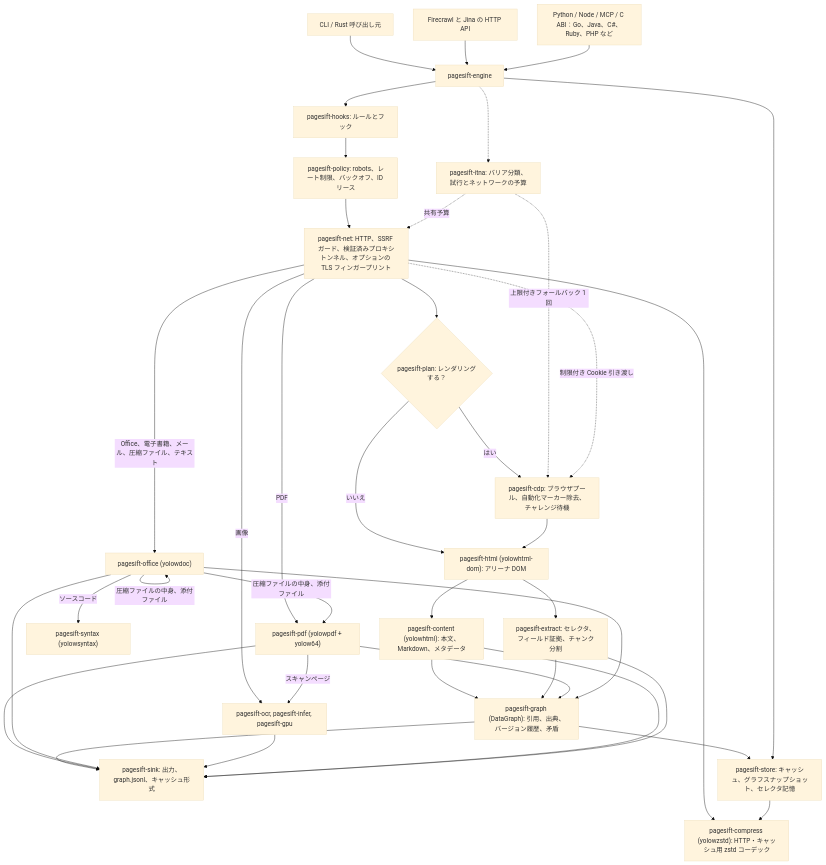
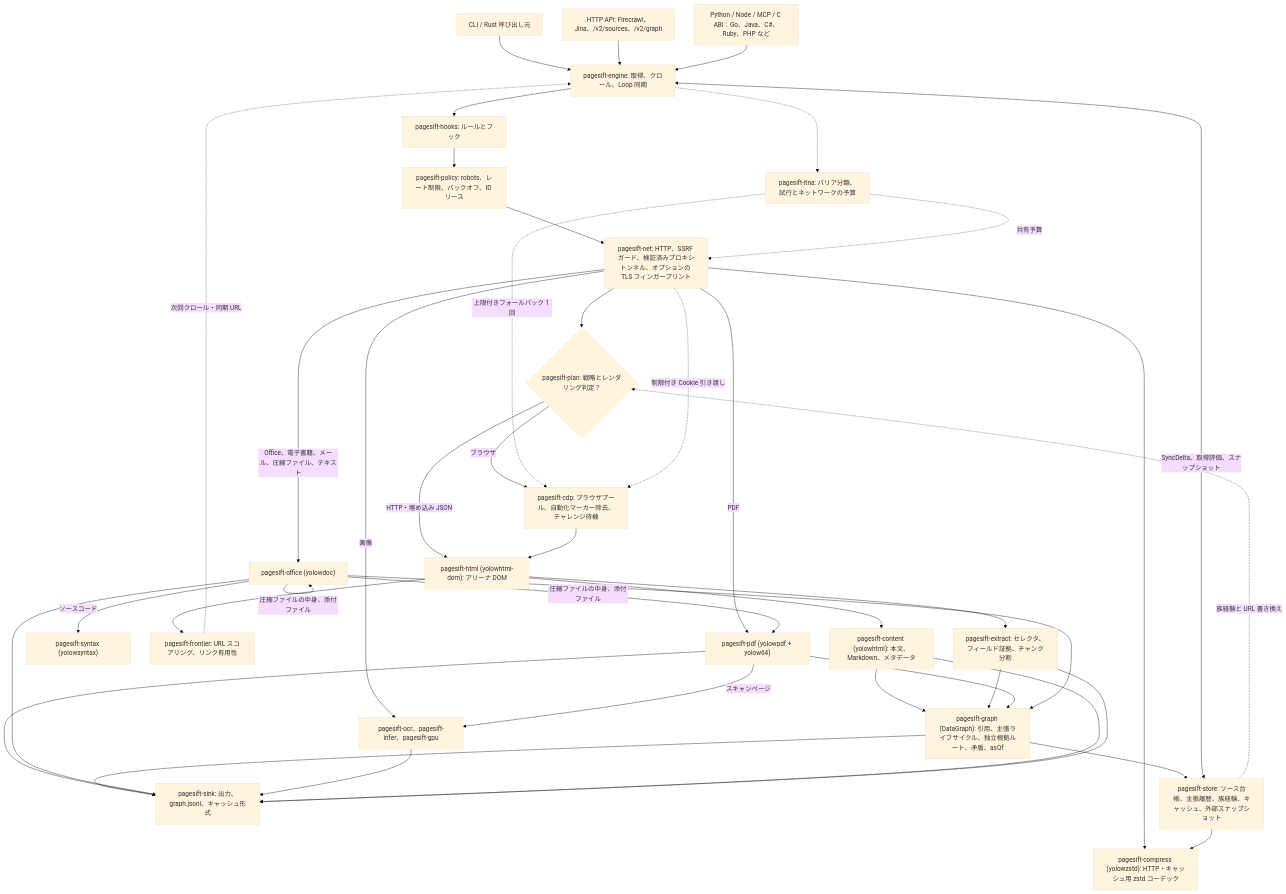
Before and after one commit to YOLOW92/pagesift: the second of 3 diagrams in docs/README.ja.md, drawn with Mermaid (base theme). The commit also changed other lines of this file and 126 other files, not shown here.

````diff
--- a/docs/README.ja.md
+++ b/docs/README.ja.md
@@ -235,40 +236,43 @@
 ```mermaid
 flowchart TD
-    CLI[CLI / Rust 呼び出し元] --> Engine[pagesift-engine]
-    HTTP[Firecrawl と Jina の HTTP API] --> Engine
-    Bindings[Python / Node / MCP / C ABI：Go、Java、C#、Ruby、PHP など] --> Engine
-    Engine --> Hooks[pagesift-hooks: ルールとフック]
-    Hooks --> Policy[pagesift-policy: robots、レート制限、バックオフ、ID リース]
-    Policy --> Net[pagesift-net: HTTP、SSRF ガード、検証済みプロキシトンネル、オプションの TLS フィンガープリント]
-    Net --> Plan{pagesift-plan: レンダリングする？}
-    Plan -->|いいえ| DOM["pagesift-html (yolowhtml-dom): アリーナ DOM"]
-    Plan -->|はい| CDP[pagesift-cdp: ブラウザプール、自動化マーカー除去、チャレンジ待機]
+    CLI["CLI / Rust 呼び出し元"] --> Engine["pagesift-engine: 取得、クロール、Loop 同期"]
+    HTTP["HTTP API: Firecrawl、Jina、/v2/sources、/v2/graph"] --> Engine
+    Bindings["Python / Node / MCP / C ABI：Go、Java、C#、Ruby、PHP など"] --> Engine
+    Engine --> Hooks["pagesift-hooks: ルールとフック"]
+    Hooks --> Policy["pagesift-policy: robots、レート制限、バックオフ、ID リース"]
+    Policy --> Net["pagesift-net: HTTP、SSRF ガード、検証済みプロキシトンネル、オプションの TLS フィンガープリント"]
+    Net --> Plan{"pagesift-plan: 戦略とレンダリング判定？"}
+    Plan -->|HTTP・埋め込み JSON| DOM["pagesift-html (yolowhtml-dom): アリーナ DOM"]
+    Plan -->|ブラウザ| CDP["pagesift-cdp: ブラウザプール、自動化マーカー除去、チャレンジ待機"]
     CDP --> DOM
     Net -->|PDF| PDF["pagesift-pdf (yolowpdf + yolow64)"]
     Net -->|Office、電子書籍、メール、圧縮ファイル、テキスト| Office["pagesift-office (yolowdoc)"]
-    Net -->|画像| OCR[pagesift-ocr, pagesift-infer, pagesift-gpu]
+    Net -->|画像| OCR["pagesift-ocr、pagesift-infer、pagesift-gpu"]
     Office -->|圧縮ファイルの中身、添付ファイル| Office
     Office -->|圧縮ファイルの中身、添付ファイル| PDF
     Office -->|ソースコード| Syntax["pagesift-syntax (yolowsyntax)"]
     PDF -->|スキャンページ| OCR
+    DOM --> Frontier["pagesift-frontier: URL スコアリング、リンク有用性"]
+    Frontier -.->|次回クロール・同期 URL| Engine
     DOM --> Content["pagesift-content (yolowhtml): 本文、Markdown、メタデータ"]
-    DOM --> Extract[pagesift-extract: セレクタ、フィールド証拠、チャンク分割]
-    Content --> Graph["pagesift-graph (DataGraph): 引用、出典、バージョン履歴、矛盾"]
+    DOM --> Extract["pagesift-extract: セレクタ、フィールド証拠、チャンク分割"]
+    Content --> Graph["pagesift-graph (DataGraph): 引用、主張ライフサイクル、独立根拠ルート、矛盾、asOf"]
     Extract --> Graph
     PDF --> Graph
     Office --> Graph
-    Graph --> Sink[pagesift-sink: 出力、graph.jsonl、キャッシュ形式]
+    Graph --> Sink["pagesift-sink: 出力、graph.jsonl、キャッシュ形式"]
     PDF --> Sink
     Office --> Sink
     OCR --> Sink
     Content --> Sink
     Extract --> Sink
-    Graph --> Store[pagesift-store: キャッシュ、グラフスナップショット、セレクタ記憶]
-    Engine --> Store
+    Graph --> Store["pagesift-store: ソース台帳、主張履歴、族経験、キャッシュ、外部スナップショット"]
+    Engine <-->|SyncDelta、取得評価、スナップショット| Store
+    Store -.->|族経験と URL 書き換え| Plan
     Net --> Compress["pagesift-compress (yolowzstd): HTTP・キャッシュ用 zstd コーデック"]
     Store --> Compress
-    Engine -.-> ITNA[pagesift-itna: バリア分類、試行とネットワークの予算]
+    Engine -.-> ITNA["pagesift-itna: バリア分類、試行とネットワークの予算"]
     ITNA -.->|共有予算| Net
     ITNA -.->|上限付きフォールバック 1 回| CDP
     Net -.->|制限付き Cookie 引き渡し| CDP
 ```
````
